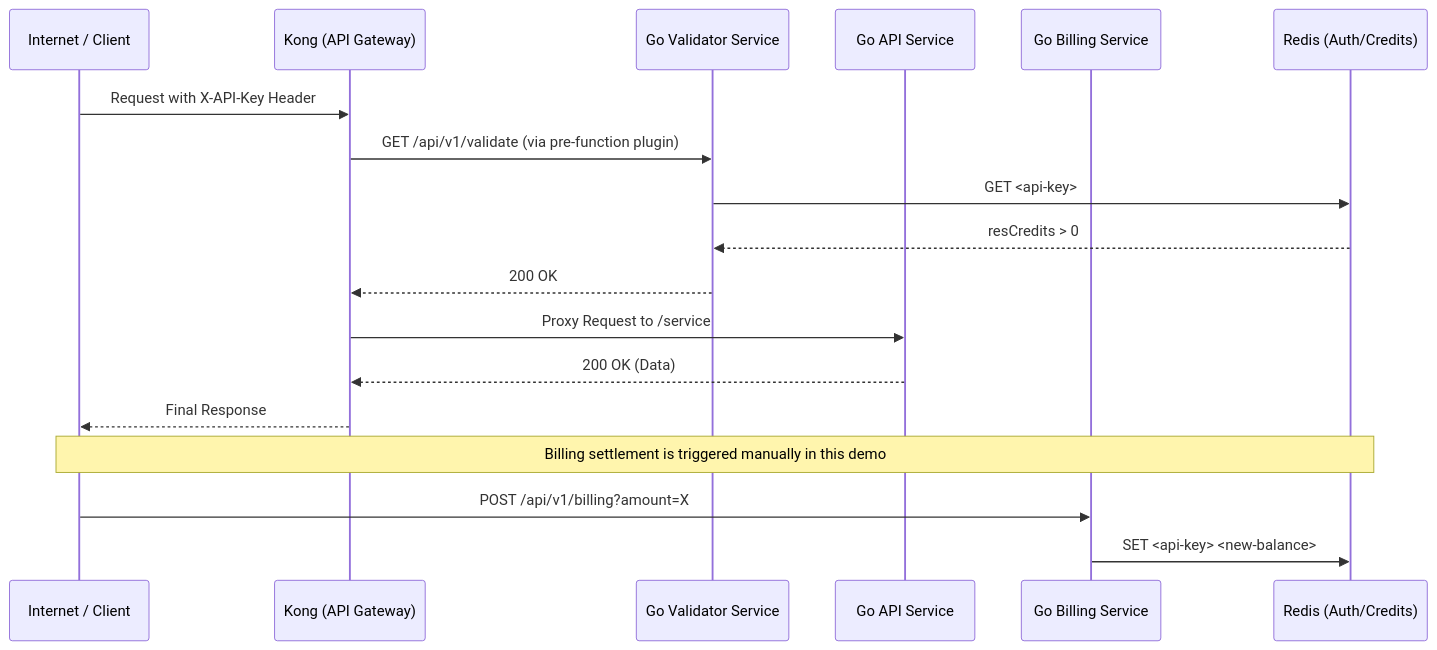
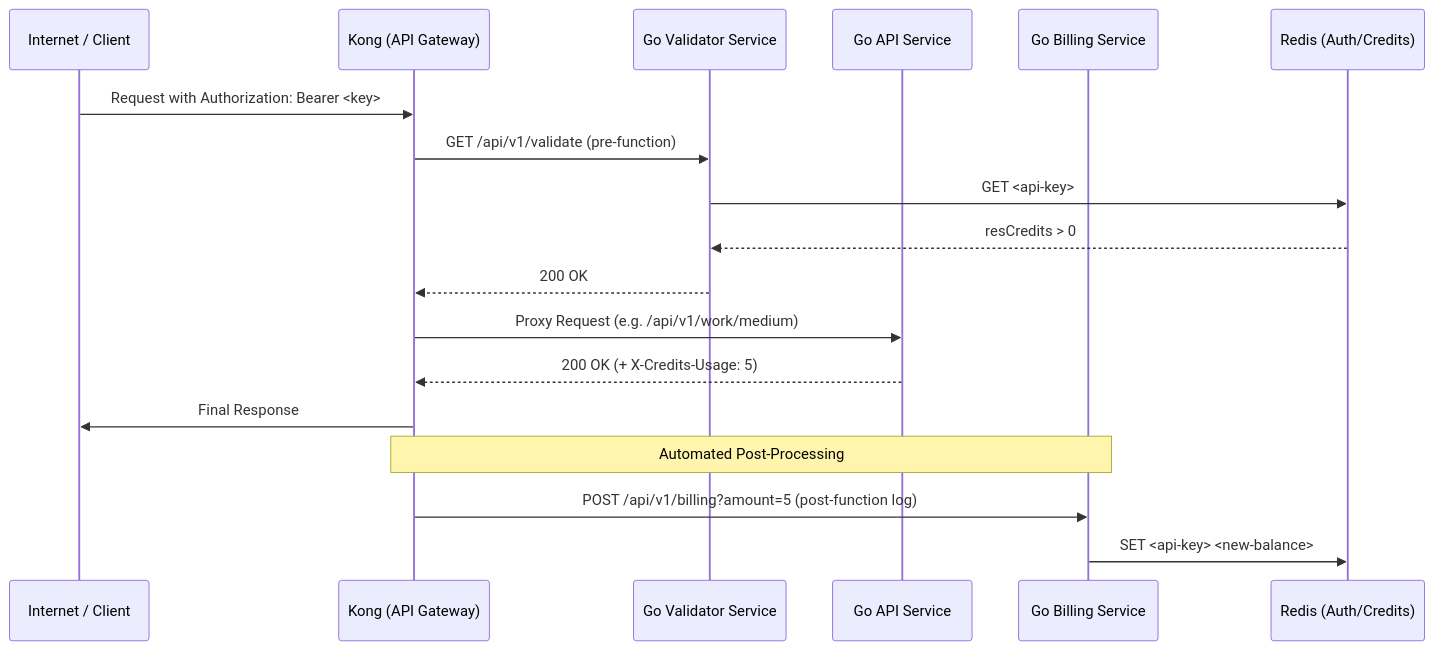
One commit to m-spangenberg/demo-monetized-api changed the first of 2 diagrams in README.md. Above: the diagram before and after it, drawn with Mermaid. The commit also changed other lines of this file, not shown here.

Commit message:
chore: update README.md to reflect changes in API request headers and billing process

````diff
--- a/README.md
+++ b/README.md
@@ -7,24 +7,25 @@
 ```mermaid
 sequenceDiagram
     participant User as Internet / Client
     participant Kong as Kong (API Gateway)
     participant Validator as Go Validator Service
     participant API as Go API Service
     participant Billing as Go Billing Service
     participant Redis as Redis (Auth/Credits)
 
-    User->>Kong: Request with X-API-Key Header
+    User->>Kong: Request with Authorization: Bearer <key>
     
-    Kong->>Validator: GET /api/v1/validate (via pre-function plugin)
+    Kong->>Validator: GET /api/v1/validate (pre-function)
     Validator->>Redis: GET <api-key>
     Redis-->>Validator: resCredits > 0
     Validator-->>Kong: 200 OK
 
-    Kong->>API: Proxy Request to /service
-    API-->>Kong: 200 OK (Data)
-    Kong-->>User: Final Response
-
-    Note over User,Redis: Billing settlement is triggered manually in this demo
-    User->>Billing: POST /api/v1/billing?amount=X
+    Kong->>API: Proxy Request (e.g. /api/v1/work/medium)
+    API-->>Kong: 200 OK (+ X-Credits-Usage: 5)
+    
+    Kong->>User: Final Response
+    
+    Note over Kong,Billing: Automated Post-Processing
+    Kong->>Billing: POST /api/v1/billing?amount=5 (post-function log)
     Billing->>Redis: SET <api-key> <new-balance>
 ```
````
